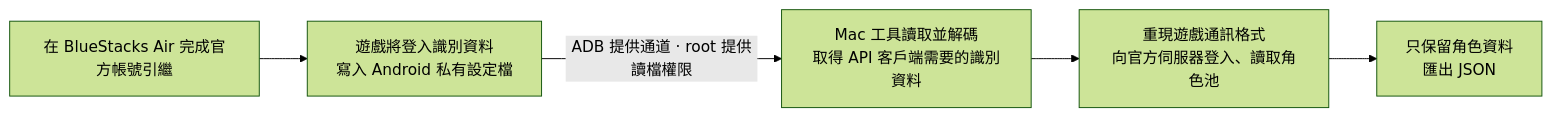
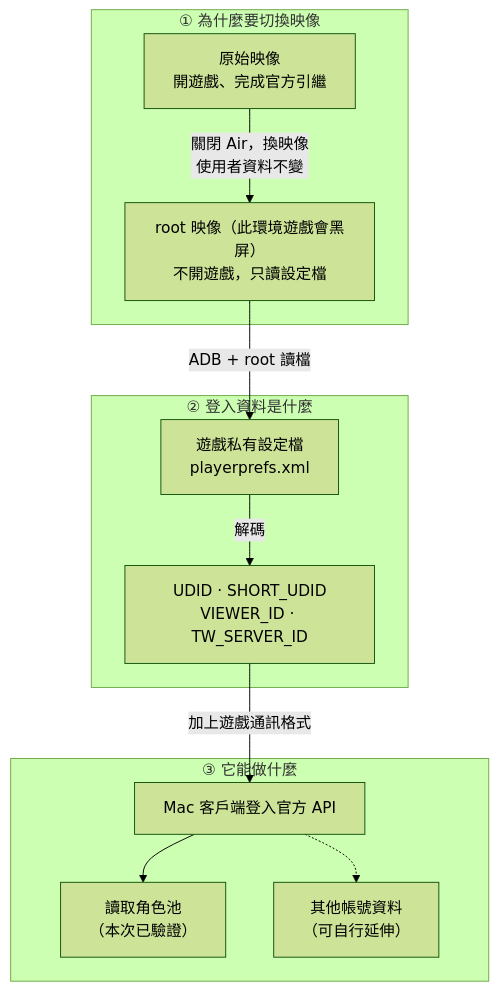
The diagram in README.md (WilliamCHIU-ETH/pcr-tw-mac-login), drawn with Mermaid (forest theme) before and after one commit. The commit also changed other lines of this file, not shown here.

````diff
--- a/README.md
+++ b/README.md
@@ -39,13 +28,22 @@
 ```mermaid
-flowchart LR
-    A["在 BlueStacks Air 完成官方帳號引繼"]
-    B["遊戲將登入識別資料<br/>寫入 Android 私有設定檔"]
-    C["Mac 工具讀取並解碼<br/>取得 API 客戶端需要的識別資料"]
-    D["重現遊戲通訊格式<br/>向官方伺服器登入、讀取角色池"]
-    E["只保留角色資料<br/>匯出 JSON"]
-
-    A --> B
-    B -->|"ADB 提供通道 · root 提供讀檔權限"| C
-    C --> D
-    D --> E
+flowchart TB
+    subgraph S1["① 為什麼要切換映像"]
+        A["原始映像<br/>開遊戲、完成官方引繼"]
+        B["root 映像（此環境遊戲會黑屏）<br/>不開遊戲，只讀設定檔"]
+        A -->|"關閉 Air，換映像<br/>使用者資料不變"| B
+    end
+    subgraph S2["② 登入資料是什麼"]
+        C["遊戲私有設定檔<br/>playerprefs.xml"]
+        D["UDID · SHORT_UDID<br/>VIEWER_ID · TW_SERVER_ID"]
+        C -->|"解碼"| D
+    end
+    subgraph S3["③ 它能做什麼"]
+        E["Mac 客戶端登入官方 API"]
+        F["讀取角色池<br/>（本次已驗證）"]
+        G["其他帳號資料<br/>（可自行延伸）"]
+        E --> F
+        E -.-> G
+    end
+    B -->|"ADB + root 讀檔"| C
+    D -->|"加上遊戲通訊格式"| E
 ```
````
